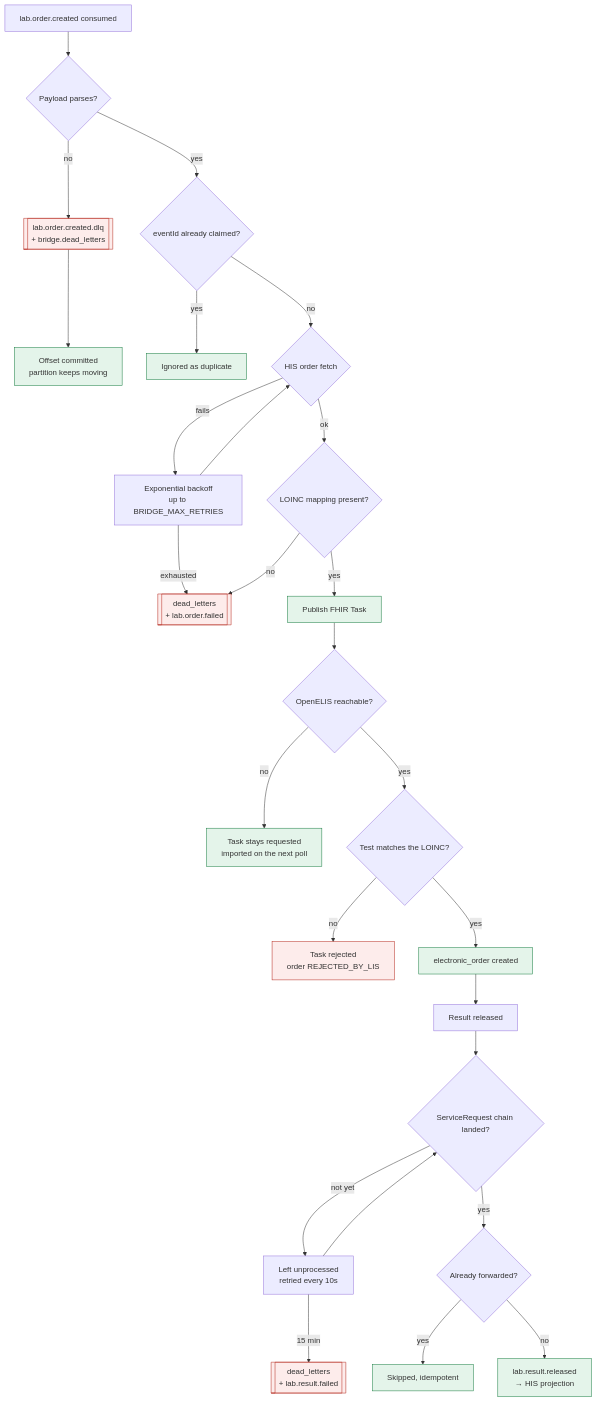
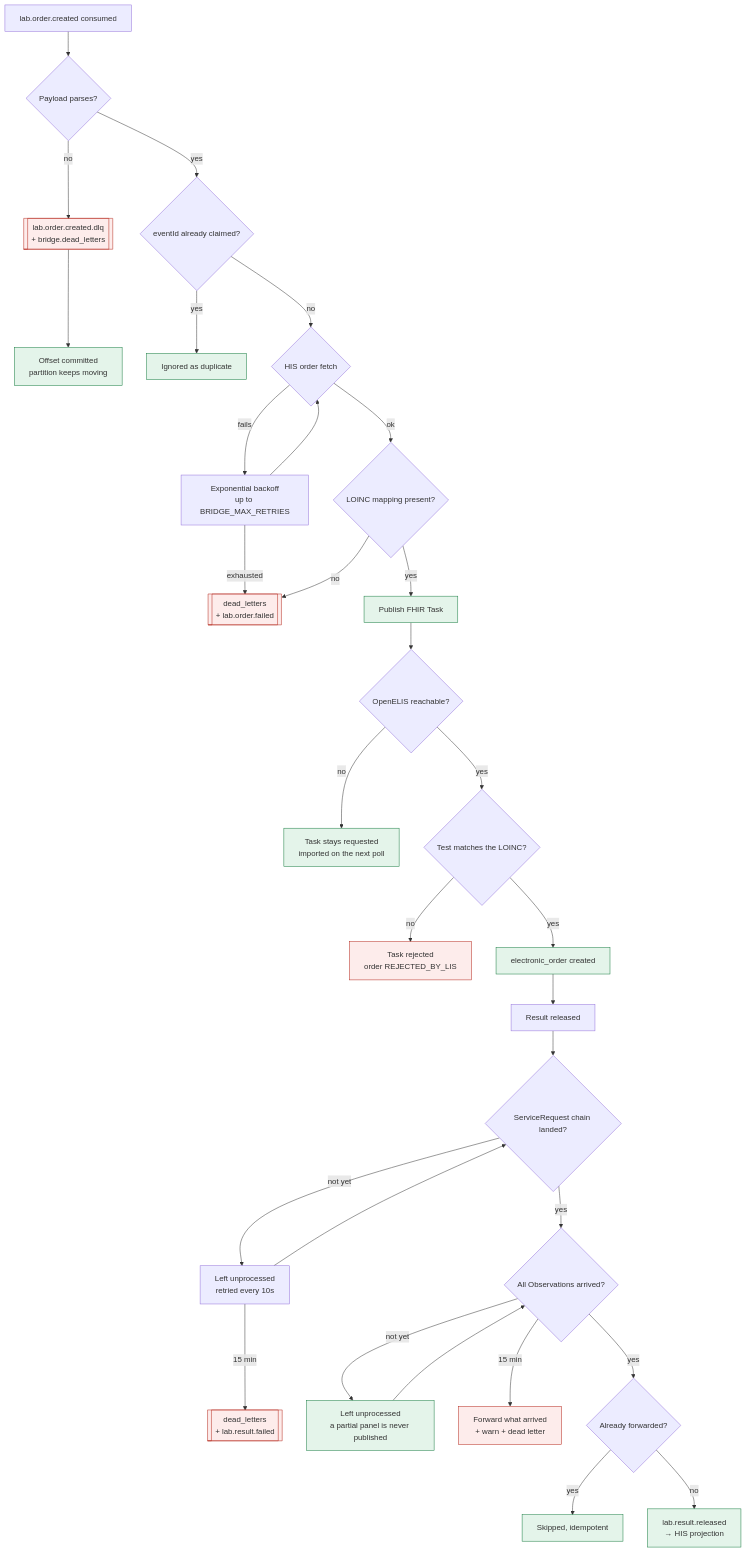
One commit to slim-nebula/openelis-his-sandbox changed the fourth of 7 diagrams in docs/data-flow.md. Above: the diagram before and after it, drawn with Mermaid. The commit also changed other lines of this file and 9 other files, not shown here.

````diff
--- a/docs/data-flow.md
+++ b/docs/data-flow.md
@@ -293,33 +293,37 @@
 ```mermaid
 flowchart TD
     A[lab.order.created consumed] --> B{Payload parses?}
     B -- no --> DLQ[["lab.order.created.dlq<br/>+ bridge.dead_letters"]]:::bad
     DLQ --> CM[Offset committed<br/>partition keeps moving]:::ok
     B -- yes --> C{eventId already claimed?}
     C -- yes --> SKIP[Ignored as duplicate]:::ok
     C -- no --> D{HIS order fetch}
     D -- fails --> R[Exponential backoff<br/>up to BRIDGE_MAX_RETRIES]
     R --> D
     R -- exhausted --> DL2[[dead_letters<br/>+ lab.order.failed]]:::bad
     D -- ok --> E{LOINC mapping present?}
     E -- no --> DL2
     E -- yes --> F[Publish FHIR Task]:::ok
 
     F --> G{OpenELIS reachable?}
     G -- no --> H[Task stays requested<br/>imported on the next poll]:::ok
     G -- yes --> I{Test matches the LOINC?}
     I -- no --> J[Task rejected<br/>order REJECTED_BY_LIS]:::bad
     I -- yes --> K[electronic_order created]:::ok
 
     K --> L[Result released]
     L --> M{ServiceRequest chain landed?}
     M -- not yet --> N[Left unprocessed<br/>retried every 10s]
     N --> M
     N -- 15 min --> DL3[[dead_letters<br/>+ lab.result.failed]]:::bad
-    M -- yes --> O{Already forwarded?}
+    M -- yes --> OBS{All Observations arrived?}
+    OBS -- not yet --> WAIT[Left unprocessed<br/>a partial panel is never published]:::ok
+    WAIT --> OBS
+    OBS -- 15 min --> PART[Forward what arrived<br/>+ warn + dead letter]:::bad
+    OBS -- yes --> O{Already forwarded?}
     O -- yes --> SKIP2[Skipped, idempotent]:::ok
     O -- no --> P[lab.result.released<br/>→ HIS projection]:::ok
 
     classDef ok fill:#e4f4ea,stroke:#147a3d
     classDef bad fill:#fdeceb,stroke:#b42318
 ```
````
